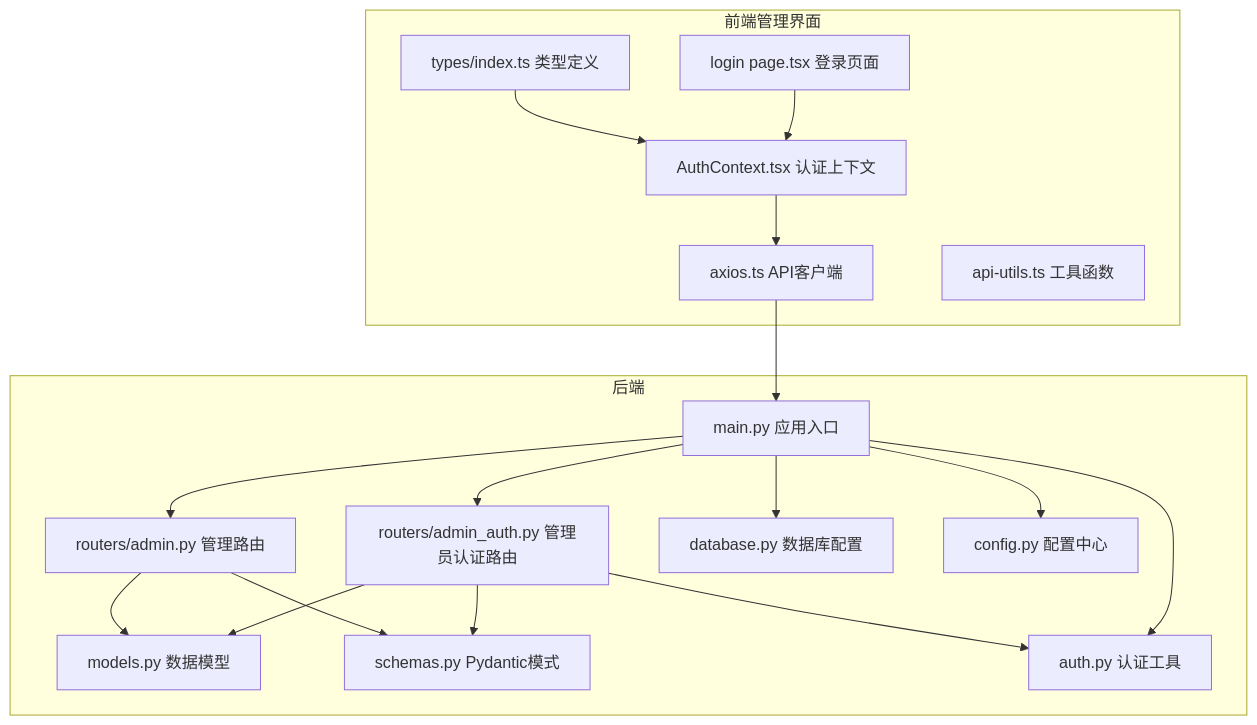
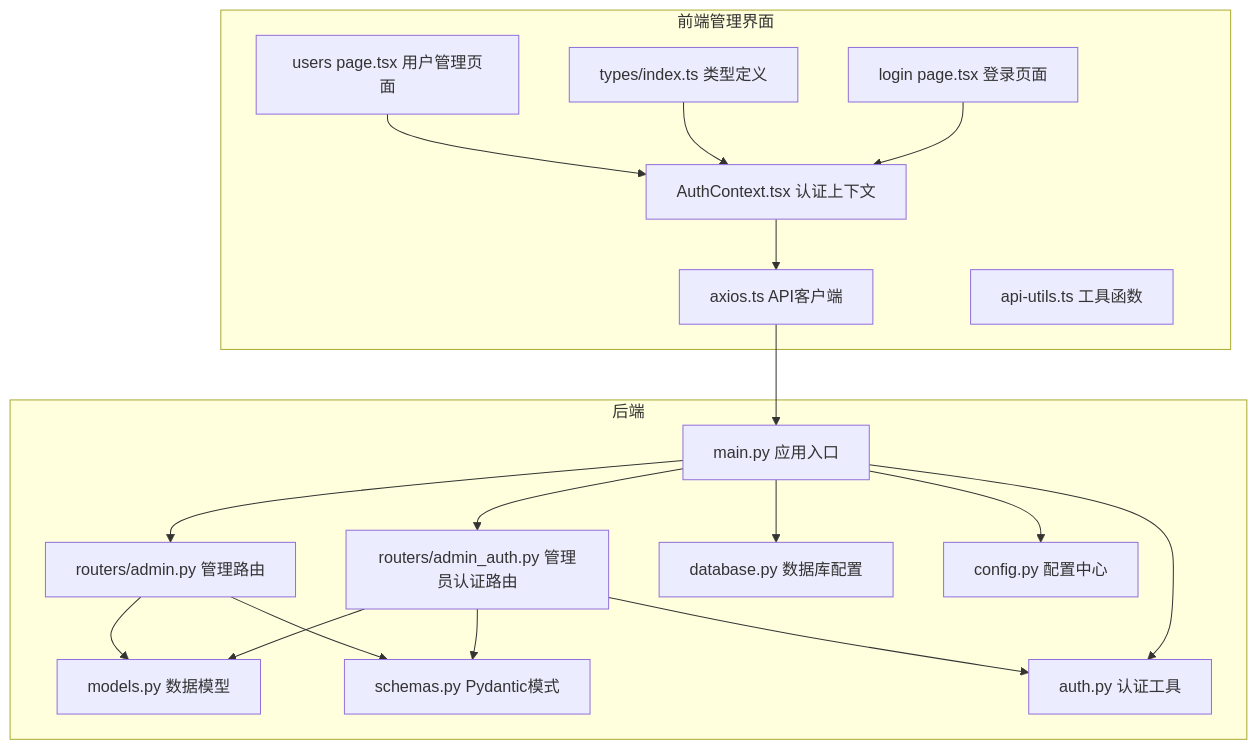
One commit to KunLabAI/KunFlix changed the first of 11 diagrams in .qoder/repowiki/zh/content/后端开发指南/API路由系统/管理员管理API.md. Above: the diagram before and after it, drawn with Mermaid. The commit also changed other lines of this file and 88 other files, not shown here.

````diff
--- a/.qoder/repowiki/zh/content/后端开发指南/API路由系统/管理员管理API.md
+++ b/.qoder/repowiki/zh/content/后端开发指南/API路由系统/管理员管理API.md
@@ -54,34 +58,36 @@
 ```mermaid
 graph TB
 subgraph "后端"
 A[main.py 应用入口]
 B[routers/admin_auth.py 管理员认证路由]
 C[routers/admin.py 管理路由]
 D[models.py 数据模型]
 E[schemas.py Pydantic模式]
 F[auth.py 认证工具]
 G[database.py 数据库配置]
 H[config.py 配置中心]
 end
 subgraph "前端管理界面"
 I[AuthContext.tsx 认证上下文]
 J[axios.ts API客户端]
 K[api-utils.ts 工具函数]
 L[login page.tsx 登录页面]
 M[types/index.ts 类型定义]
+N[users page.tsx 用户管理页面]
 end
 A --> B
 A --> C
 A --> F
 A --> G
 A --> H
 B --> D
 B --> E
 B --> F
 C --> D
 C --> E
 I --> J
 J --> A
 L --> I
 M --> I
+N --> I
 ```
````
